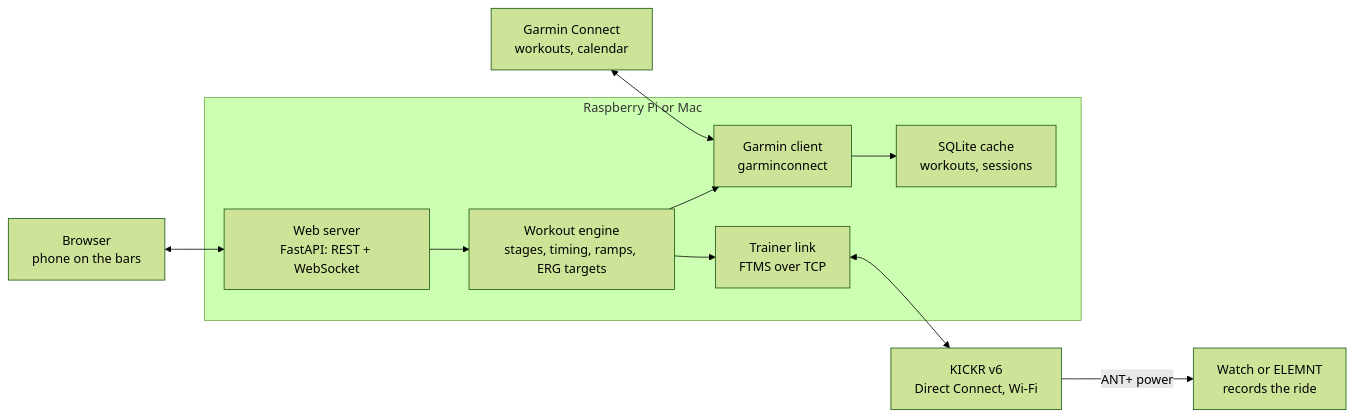
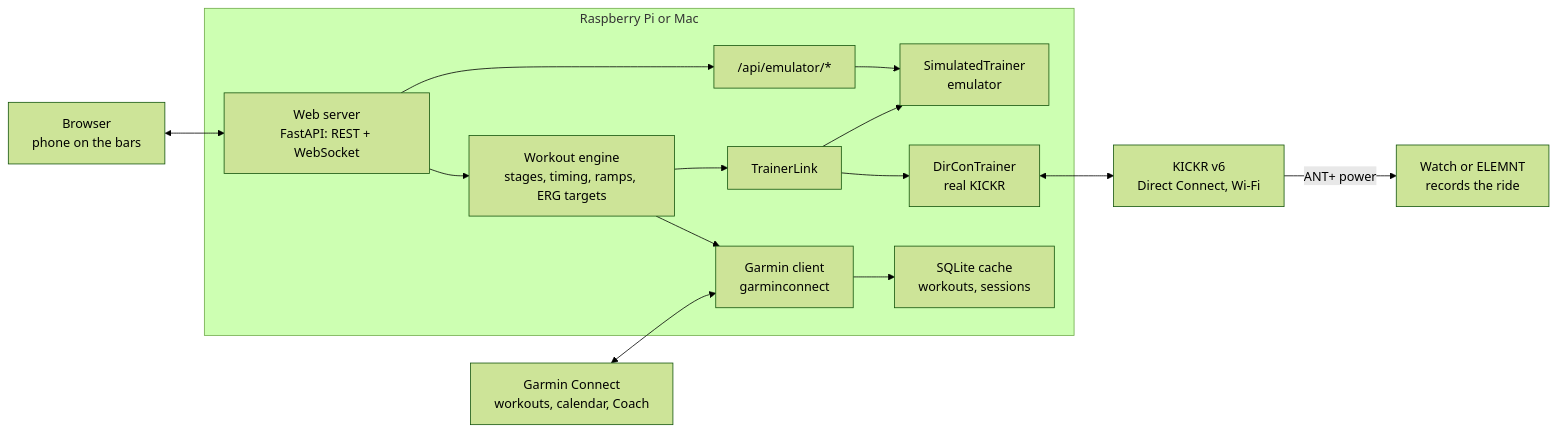
The first of 2 diagrams in specification/SPEC.md (attilameget/HomeWlanTrainer), drawn with Mermaid (forest theme) before and after one commit. The commit also changed other lines of this file and 38 other files, not shown here.

````diff
--- a/specification/SPEC.md
+++ b/specification/SPEC.md
@@ -54,13 +62,17 @@
 ```mermaid
 flowchart LR
     Browser["Browser<br/>phone on the bars"] <--> Web
-    GC["Garmin Connect<br/>workouts, calendar"] <--> Garmin
+    GC["Garmin Connect<br/>workouts, calendar, Coach"] <--> Garmin
     subgraph Host["Raspberry Pi or Mac"]
         Web["Web server<br/>FastAPI: REST + WebSocket"] --> Engine["Workout engine<br/>stages, timing, ramps, ERG targets"]
         Engine --> Garmin["Garmin client<br/>garminconnect"]
-        Engine --> Trainer["Trainer link<br/>FTMS over TCP"]
+        Engine --> Link["TrainerLink"]
+        Link --> DirCon["DirConTrainer<br/>real KICKR"]
+        Link --> Emu["SimulatedTrainer<br/>emulator"]
+        Web --> EmuAPI["/api/emulator/*"]
+        EmuAPI --> Emu
         Garmin --> DB["SQLite cache<br/>workouts, sessions"]
     end
-    Trainer <--> KICKR["KICKR v6<br/>Direct Connect, Wi-Fi"]
+    DirCon <--> KICKR["KICKR v6<br/>Direct Connect, Wi-Fi"]
     KICKR -- "ANT+ power" --> Watch["Watch or ELEMNT<br/>records the ride"]
 ```
````
